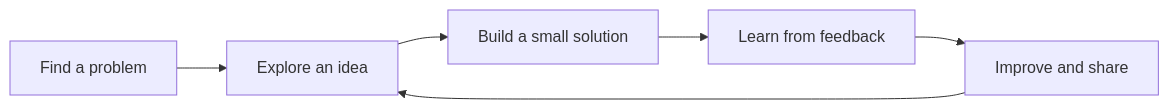
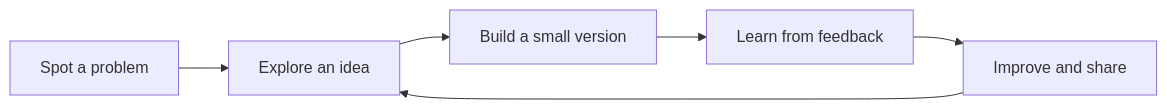
Before and after one commit to abhinav2404-hub/abhinav2404-hub: the diagram in README.md, drawn with Mermaid. The commit also changed other lines of this file, not shown here.

````diff
--- a/README.md
+++ b/README.md
@@ -30,8 +44,8 @@
 ```mermaid
 graph LR
-    A[Find a problem] --> B[Explore an idea]
-    B --> C[Build a small solution]
+    A[Spot a problem] --> B[Explore an idea]
+    B --> C[Build a small version]
     C --> D[Learn from feedback]
     D --> E[Improve and share]
     E --> B
 ```
````
